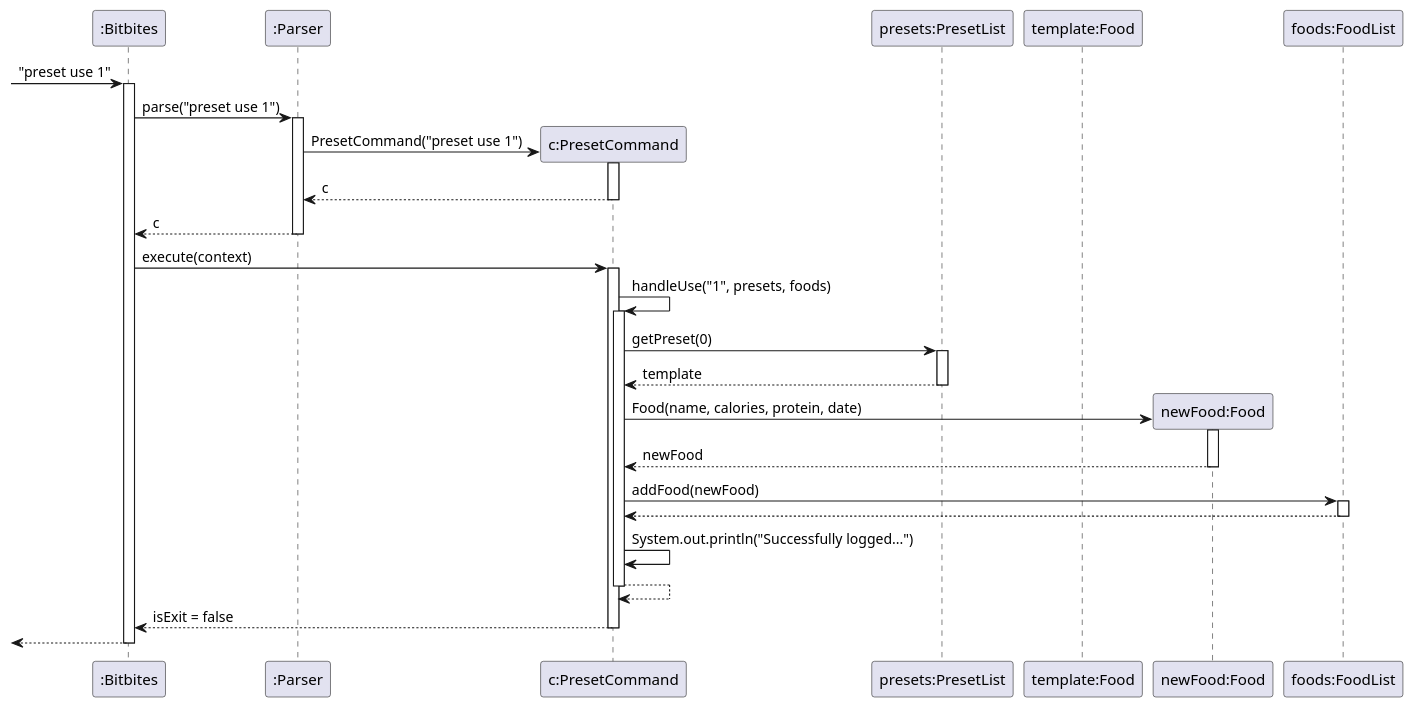
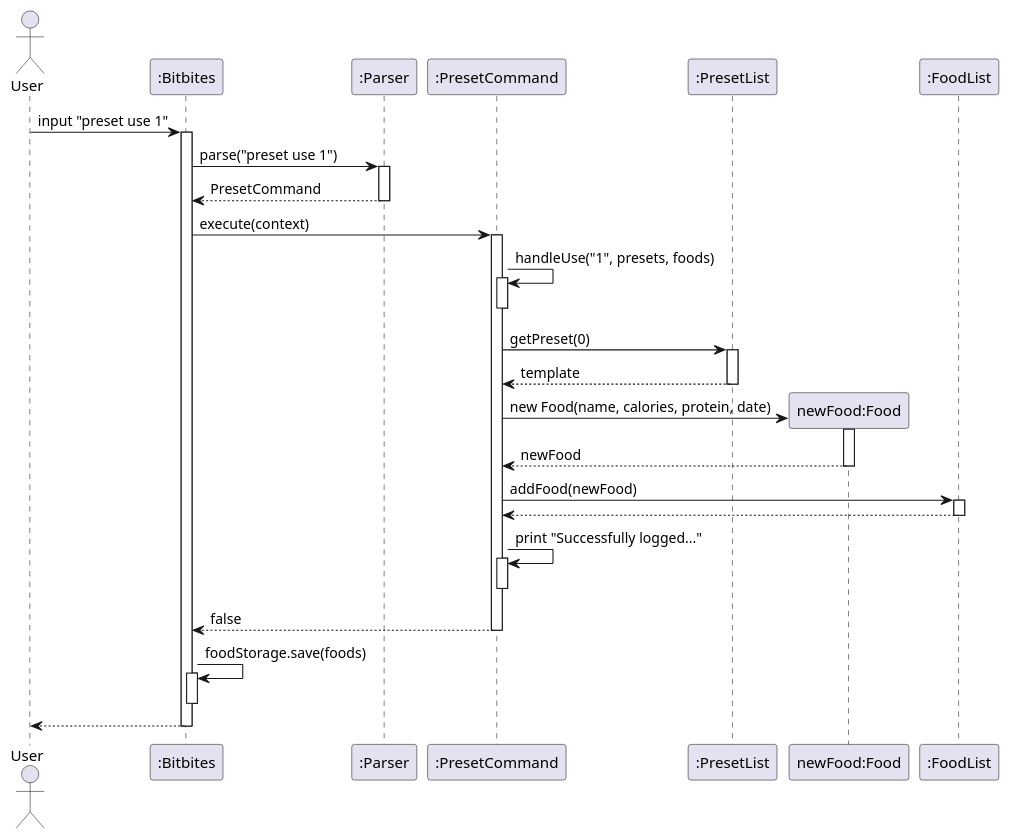
Before and after one commit to bryanyeo3125/tp: the diagram in docs/uml/presetUse.puml, drawn with PlantUML. The commit also changed 31 other files, not shown here.

```diff
--- a/docs/uml/presetUse.puml
+++ b/docs/uml/presetUse.puml
@@ -1,60 +1,54 @@
 @startuml
-skinparam ArrowFontStyle normal
-
+actor User
 participant ":Bitbites" as Bitbites
 participant ":Parser" as Parser
-participant "c:PresetCommand" as PresetCommand
+participant ":PresetCommand" as PresetCommand
+participant ":PresetList" as PresetList
+participant "newFood:Food" as Food
+participant ":FoodList" as FoodList
 
-participant "presets:PresetList" as PresetList
-participant "template:Food" as TemplateFood
-participant "newFood:Food" as NewFood
-participant "foods:FoodList" as FoodList
-
--> Bitbites : "preset use 1"
+User -> Bitbites : input "preset use 1"
 activate Bitbites
 
 Bitbites -> Parser : parse("preset use 1")
 activate Parser
-
-create PresetCommand
-Parser -> PresetCommand : PresetCommand("preset use 1")
-activate PresetCommand
-PresetCommand --> Parser : c
-deactivate PresetCommand
-
-Parser --> Bitbites : c
+Parser --> Bitbites : PresetCommand
 deactivate Parser
 
 Bitbites -> PresetCommand : execute(context)
 activate PresetCommand
 
 PresetCommand -> PresetCommand : handleUse("1", presets, foods)
 activate PresetCommand
+deactivate PresetCommand
 
 PresetCommand -> PresetList : getPreset(0)
 activate PresetList
 PresetList --> PresetCommand : template
 deactivate PresetList
 
-create NewFood
-PresetCommand -> NewFood : Food(name, calories, protein, date)
-activate NewFood
-NewFood --> PresetCommand : newFood
-deactivate NewFood
+create Food
+PresetCommand -> Food : new Food(name, calories, protein, date)
+activate Food
+Food --> PresetCommand : newFood
+deactivate Food
 
 PresetCommand -> FoodList : addFood(newFood)
 activate FoodList
 FoodList --> PresetCommand
 deactivate FoodList
 
-PresetCommand -> PresetCommand : System.out.println("Successfully logged...")
-
-PresetCommand --> PresetCommand
+PresetCommand -> PresetCommand : print "Successfully logged..."
+activate PresetCommand
 deactivate PresetCommand
 
-PresetCommand --> Bitbites : isExit = false
+PresetCommand --> Bitbites : false
 deactivate PresetCommand
 
-<-- Bitbites
+Bitbites -> Bitbites : foodStorage.save(foods)
+activate Bitbites
+deactivate Bitbites
+
+Bitbites --> User
 deactivate Bitbites
 @enduml
```
